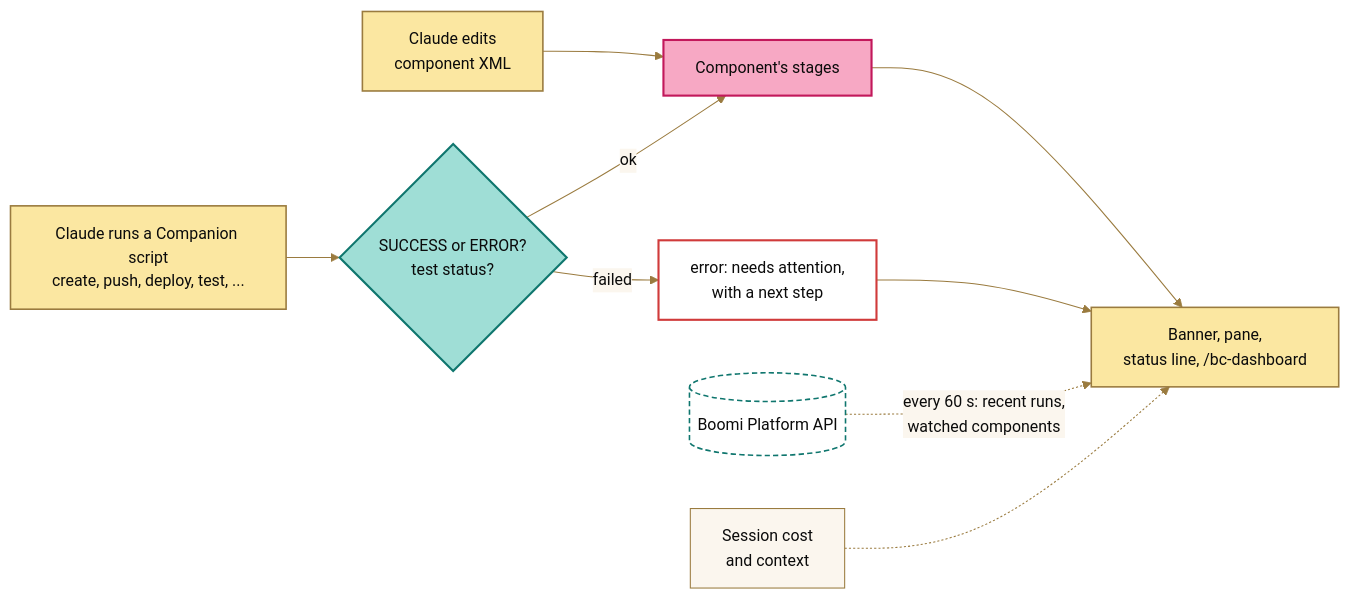
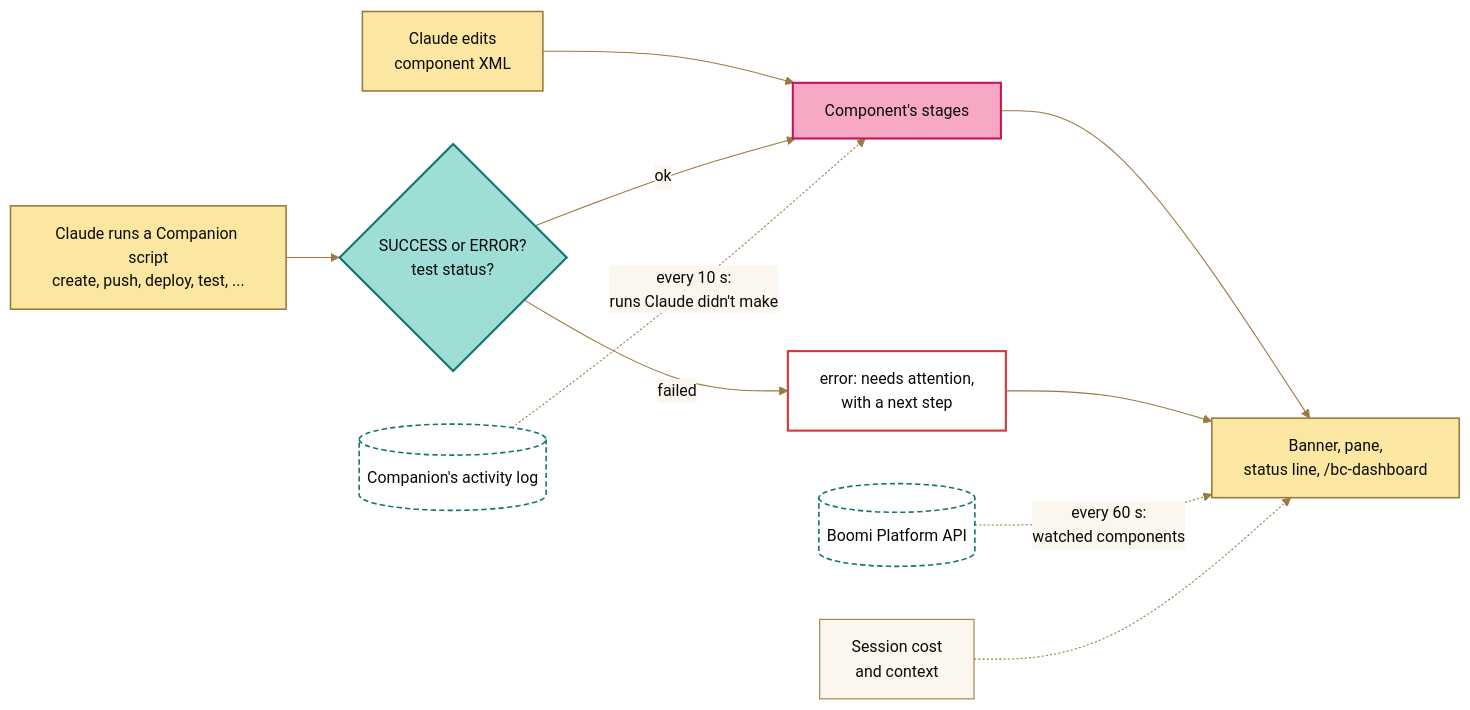
The diagram in boomi-dashboard/README.md (brianbrinley/ClaudeMods), drawn with Mermaid before and after one commit. The commit also changed other lines of this file and 14 other files, not shown here.

````diff
--- a/boomi-dashboard/README.md
+++ b/boomi-dashboard/README.md
@@ -174,22 +200,23 @@
 ```mermaid
 %%{init: {"theme": "base", "fontFamily": "Josefin Sans, trebuchet ms, verdana, arial, sans-serif", "themeVariables": {"fontSize": "15px", "background": "#FBF6EE", "primaryColor": "#FBF6EE", "primaryTextColor": "#0B0B0B", "primaryBorderColor": "#9A7B3F", "lineColor": "#9A7B3F", "textColor": "#0B0B0B", "secondaryColor": "#9FDED6", "tertiaryColor": "#FBE7A1", "edgeLabelBackground": "#FBF6EE", "clusterBkg": "#FBF6EE", "clusterBorder": "#9A7B3F", "actorBkg": "#F7A8C4", "actorBorder": "#C2185B", "actorTextColor": "#0B0B0B", "actorLineColor": "#9A7B3F", "signalColor": "#0B0B0B", "signalTextColor": "#0B0B0B", "labelBoxBkgColor": "#FBE7A1", "labelBoxBorderColor": "#9A7B3F", "labelTextColor": "#0B0B0B", "loopTextColor": "#0B0B0B", "noteBkgColor": "#FBE7A1", "noteBorderColor": "#9A7B3F", "noteTextColor": "#0B0B0B", "activationBkgColor": "#9FDED6", "activationBorderColor": "#0F766E", "sequenceNumberColor": "#FBF6EE"}}}%%
 flowchart LR
     W["Claude edits<br/>component XML"] --> R["Component's stages"]
     A["Claude runs a Companion script<br/>create, push, deploy, test, ..."] --> D{"SUCCESS or ERROR?<br/>test status?"}
     D -- ok --> R
     D -- failed --> X["error: needs attention,<br/>with a next step"]
     R --> S["Banner, pane,<br/>status line, /bc-dashboard"]
     X --> S
-    P[("Boomi Platform API")] -. "every 60 s: recent runs,<br/>watched components" .-> S
+    L[("Companion's activity log")] -. "every 10 s:<br/>runs Claude didn't make" .-> R
+    P[("Boomi Platform API")] -. "every 60 s:<br/>watched components" .-> S
     U["Session cost<br/>and context"] -.-> S
     class R focus
     class D decision
     class W,A,S highlight
-    class P external
+    class P,L external
     class X error
     classDef focus fill:#F7A8C4,stroke:#C2185B,stroke-width:2px,color:#0B0B0B
     classDef decision fill:#9FDED6,stroke:#0F766E,stroke-width:2px,color:#0B0B0B
     classDef highlight fill:#FBE7A1,stroke:#9A7B3F,stroke-width:1.5px,color:#0B0B0B
     classDef external fill:#FFFFFF,stroke:#0F766E,stroke-width:1.5px,stroke-dasharray:5 3,color:#0B0B0B
     classDef error fill:#FFFFFF,stroke:#D03B3B,stroke-width:2px,color:#0B0B0B
 ```
````
